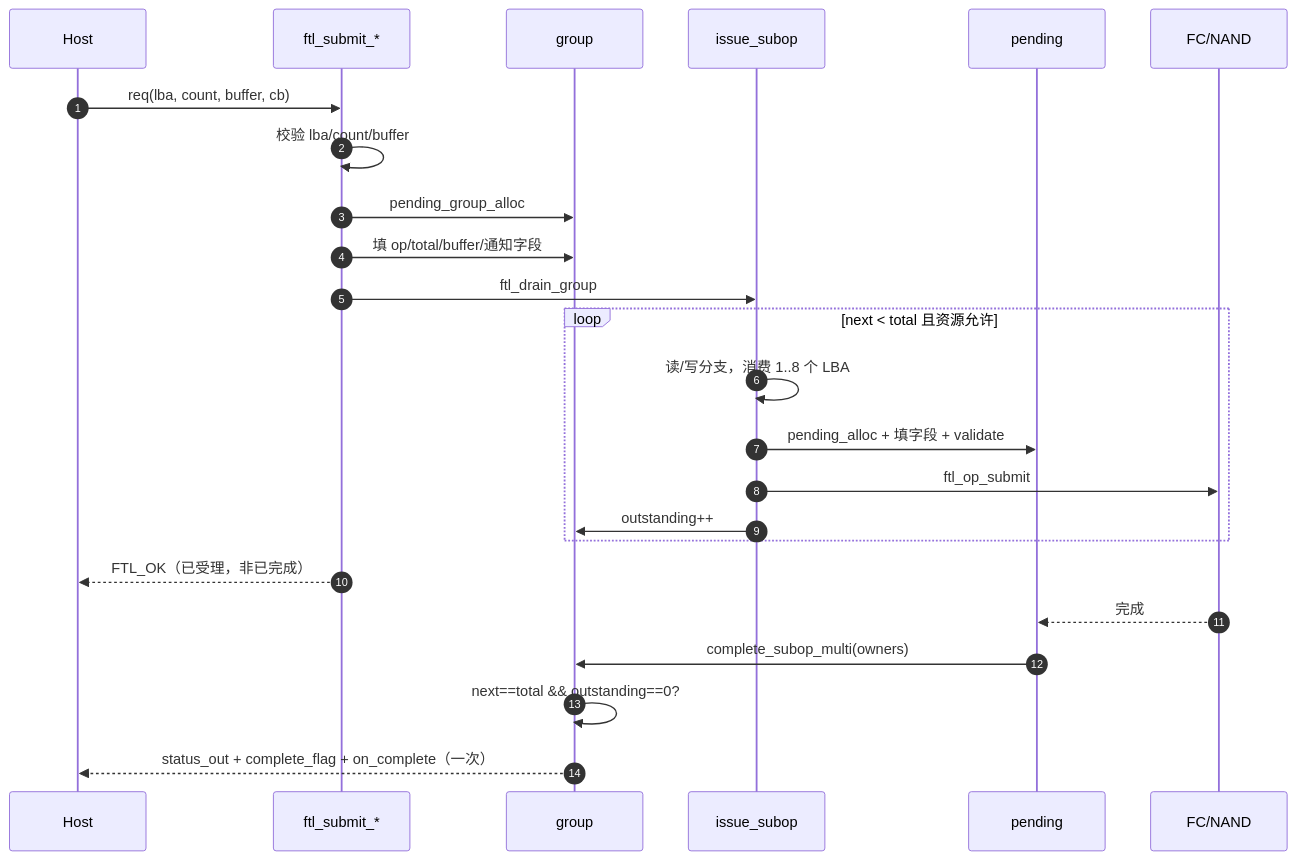
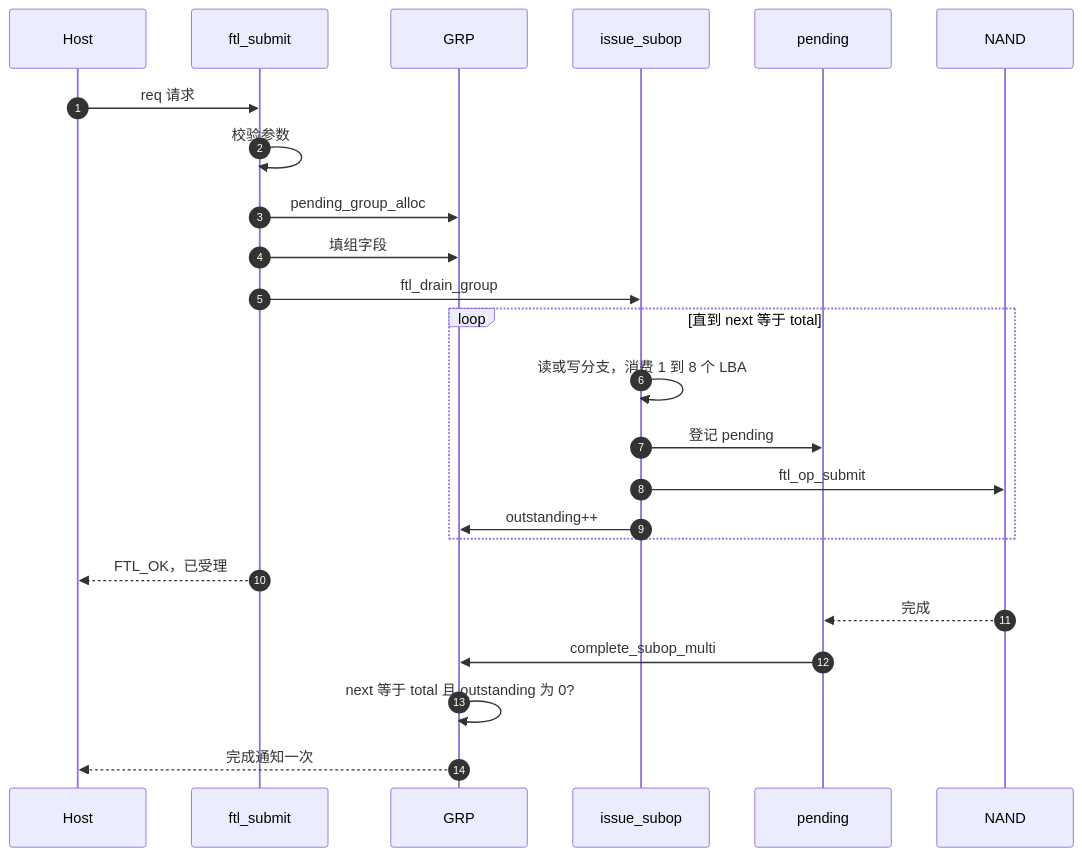
Diagram 13 of 28 in docs/design/ftl_design.md (YzYMIAO/BASESSD), drawn with Mermaid before and after one commit. The commit also changed other lines of this file, not shown here.

First line of the commit message:
docs(ftl): 修复 GitHub 目录跳转与 mermaid 渲染

````diff
--- a/docs/design/ftl_design.md
+++ b/docs/design/ftl_design.md
@@ -1927,27 +1957,27 @@
 ```mermaid
 sequenceDiagram
     autonumber
     participant H as Host
-    participant F as ftl_submit_*
-    participant G as group
+    participant F as ftl_submit
+    participant G as GRP
     participant S as issue_subop
     participant P as pending
-    participant FC as FC/NAND
+    participant FC as NAND
 
-    H->>F: req(lba, count, buffer, cb)
-    F->>F: 校验 lba/count/buffer
+    H->>F: req 请求
+    F->>F: 校验参数
     F->>G: pending_group_alloc
-    F->>G: 填 op/total/buffer/通知字段
+    F->>G: 填组字段
     F->>S: ftl_drain_group
-    loop next < total 且资源允许
-        S->>S: 读/写分支，消费 1..8 个 LBA
-        S->>P: pending_alloc + 填字段 + validate
+    loop 直到 next 等于 total
+        S->>S: 读或写分支，消费 1 到 8 个 LBA
+        S->>P: 登记 pending
         S->>FC: ftl_op_submit
         S->>G: outstanding++
     end
-    F-->>H: FTL_OK（已受理，非已完成）
+    F-->>H: FTL_OK，已受理
     FC-->>P: 完成
-    P->>G: complete_subop_multi(owners)
-    G->>G: next==total && outstanding==0?
-    G-->>H: status_out + complete_flag + on_complete（一次）
+    P->>G: complete_subop_multi
+    G->>G: next 等于 total 且 outstanding 为 0?
+    G-->>H: 完成通知一次
 ```
````
